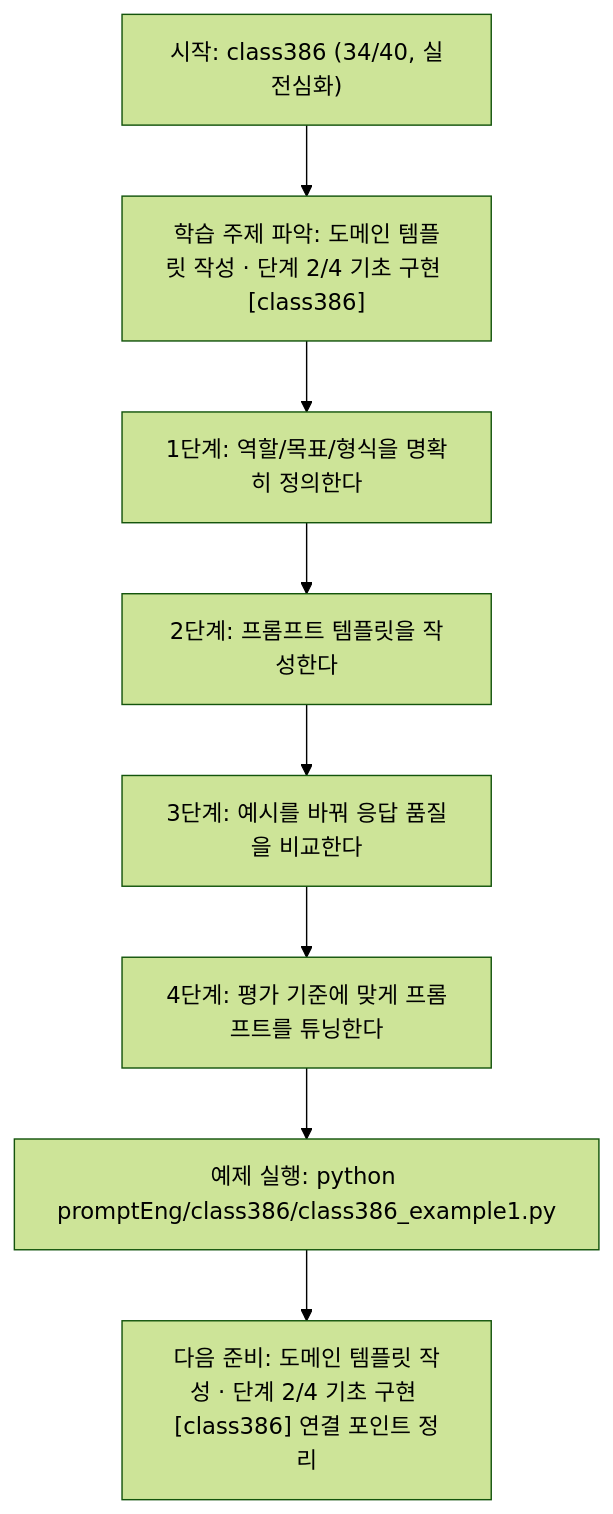
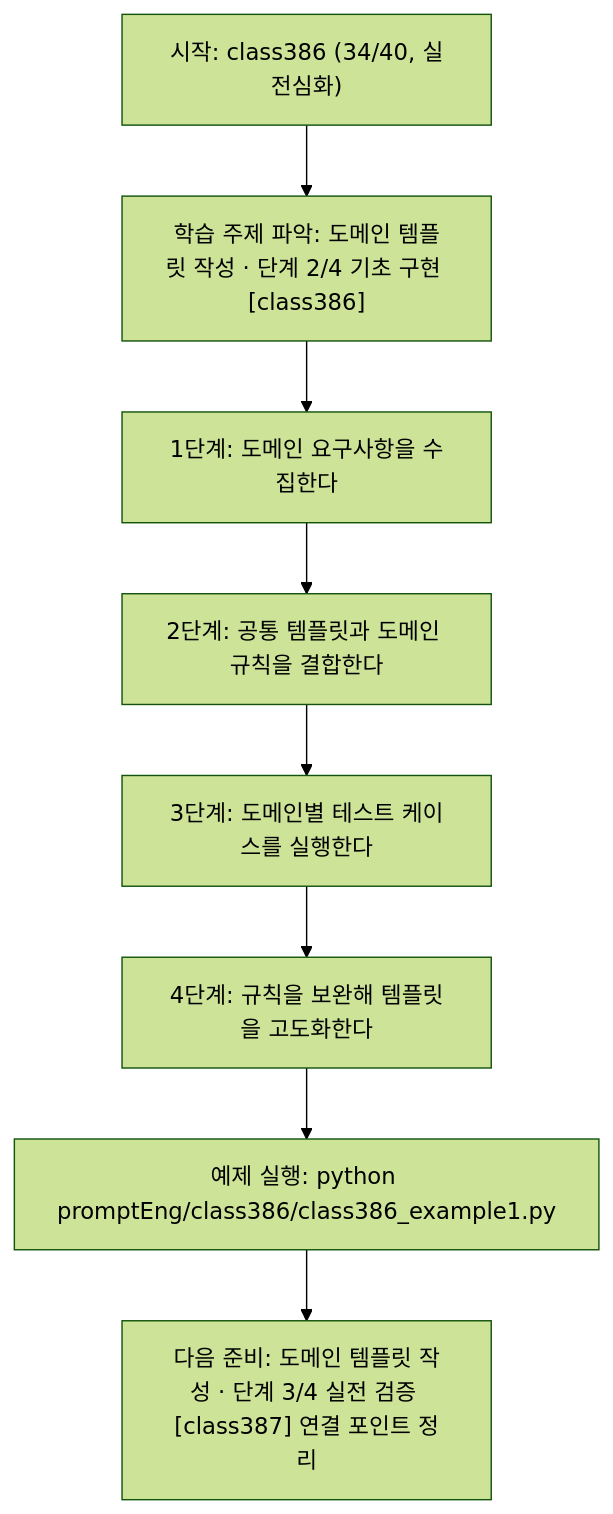
The diagram in promptEng/class386/class386.md (edumgt/Python-AI_Agent-Class), drawn with Mermaid (forest theme) before and after one commit. The commit also changed other lines of this file and 283 other files, not shown here.

````diff
--- a/promptEng/class386/class386.md
+++ b/promptEng/class386/class386.md
@@ -110,18 +91,18 @@
 ```mermaid
 flowchart TD
 N1["시작: class386 (34/40, 실전심화)"]
 N2["학습 주제 파악: 도메인 템플릿 작성 · 단계 2/4 기초 구현 [class386]"]
-N3["1단계: 역할/목표/형식을 명확히 정의한다"]
-N4["2단계: 프롬프트 템플릿을 작성한다"]
-N5["3단계: 예시를 바꿔 응답 품질을 비교한다"]
-N6["4단계: 평가 기준에 맞게 프롬프트를 튜닝한다"]
+N3["1단계: 도메인 요구사항을 수집한다"]
+N4["2단계: 공통 템플릿과 도메인 규칙을 결합한다"]
+N5["3단계: 도메인별 테스트 케이스를 실행한다"]
+N6["4단계: 규칙을 보완해 템플릿을 고도화한다"]
 N7["예제 실행: python promptEng/class386/class386_example1.py"]
-N8["다음 준비: 도메인 템플릿 작성 · 단계 2/4 기초 구현 [class386] 연결 포인트 정리"]
+N8["다음 준비: 도메인 템플릿 작성 · 단계 3/4 실전 검증 [class387] 연결 포인트 정리"]
 N1 --> N2
 N2 --> N3
 N3 --> N4
 N4 --> N5
 N5 --> N6
 N6 --> N7
 N7 --> N8
 ```
````
